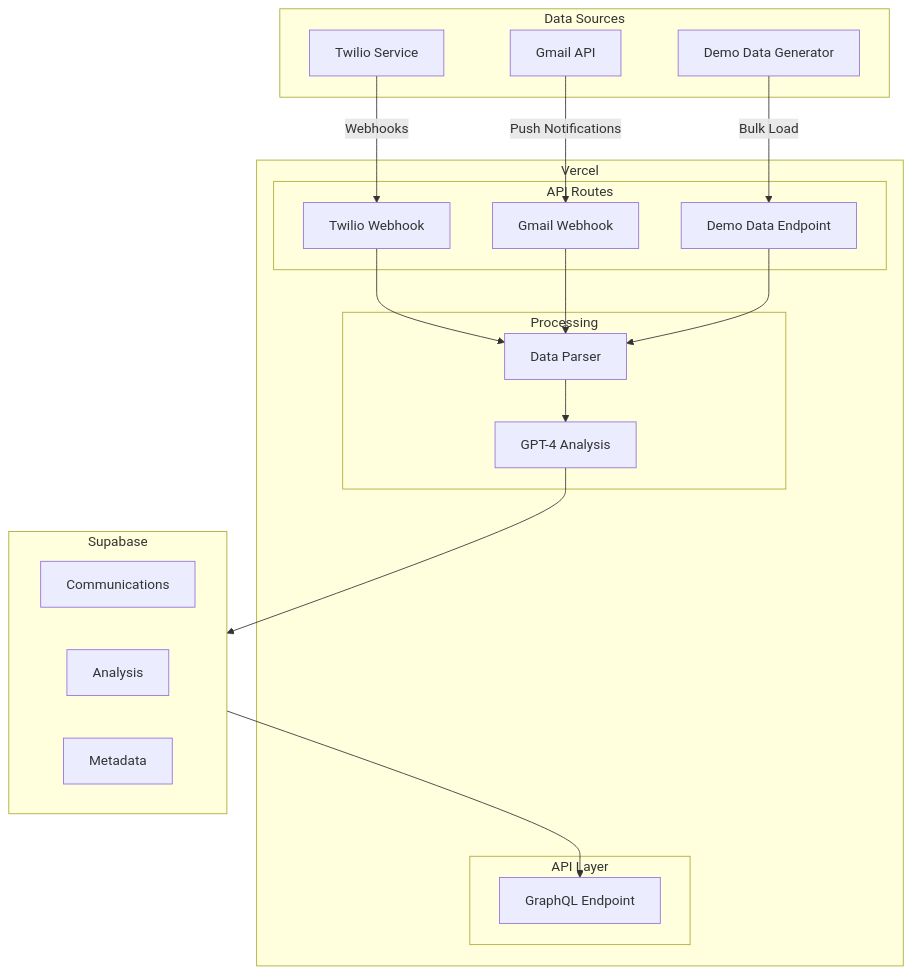
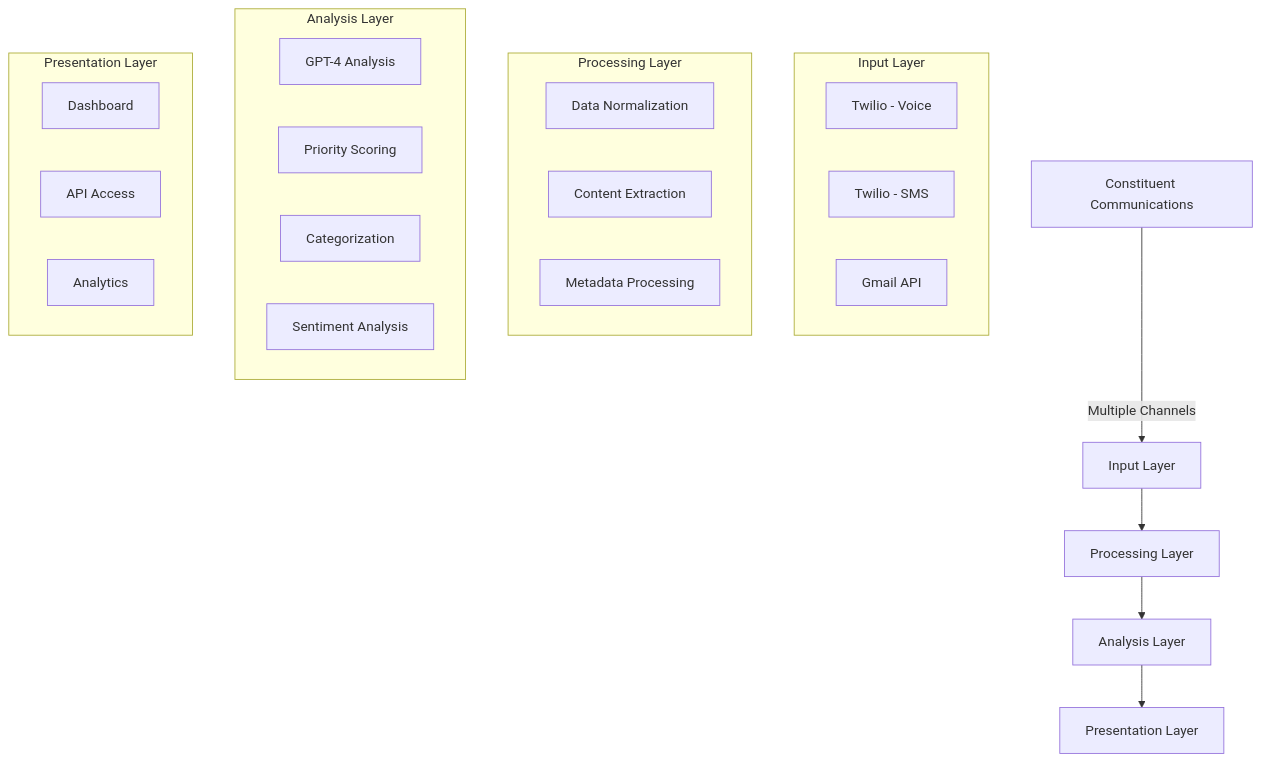
One commit to haloweavedev/get-civic changed the first of 2 diagrams in README.md. Above: the diagram before and after it, drawn with Mermaid. The commit also changed other lines of this file, not shown here.

````diff
--- a/README.md
+++ b/README.md
@@ -29,41 +16,32 @@
 ```mermaid
-flowchart TB
-    subgraph Input["Data Sources"]
-        TW[Twilio Service]
-        GM[Gmail API]
-        DD[Demo Data Generator]
+graph TD
+    A[Constituent Communications] -->|Multiple Channels| B[Input Layer]
+    B --> C[Processing Layer]
+    C --> D[Analysis Layer]
+    D --> E[Presentation Layer]
+    
+    subgraph "Input Layer"
+        B1[Twilio - Voice]
+        B2[Twilio - SMS]
+        B3[Gmail API]
     end
-
-    subgraph Serverless["Vercel"]
-        subgraph API["API Routes"]
-            TWH[Twilio Webhook]
-            GWH[Gmail Webhook]
-            DEM[Demo Data Endpoint]
-        end
-        
-        subgraph Process["Processing"]
-            AI[GPT-4 Analysis]
-            PARSE[Data Parser]
-        end
-        
-        subgraph GraphQL["API Layer"]
-            GQ[GraphQL Endpoint]
-        end
+    
+    subgraph "Processing Layer"
+        C1[Data Normalization]
+        C2[Content Extraction]
+        C3[Metadata Processing]
     end
-
-    subgraph Storage["Supabase"]
-        COM[Communications]
-        ANA[Analysis]
-        META[Metadata]
+    
+    subgraph "Analysis Layer"
+        D1[GPT-4 Analysis]
+        D2[Priority Scoring]
+        D3[Categorization]
+        D4[Sentiment Analysis]
     end
-
-    TW -->|Webhooks| TWH
-    GM -->|Push Notifications| GWH
-    DD -->|Bulk Load| DEM
     
-    TWH & GWH & DEM --> PARSE
-    PARSE --> AI
-    AI --> Storage
-    
-    Storage --> GQ
+    subgraph "Presentation Layer"
+        E1[Dashboard]
+        E2[API Access]
+        E3[Analytics]
+    end
 ```
````
